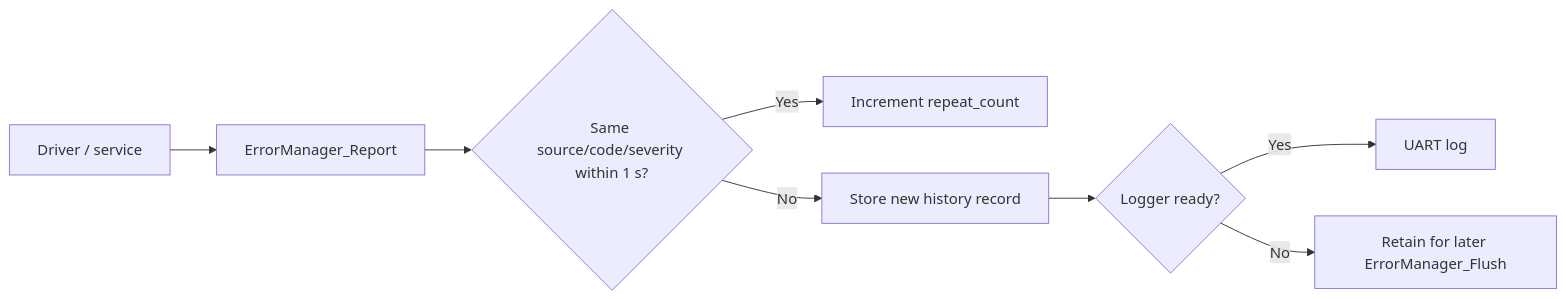
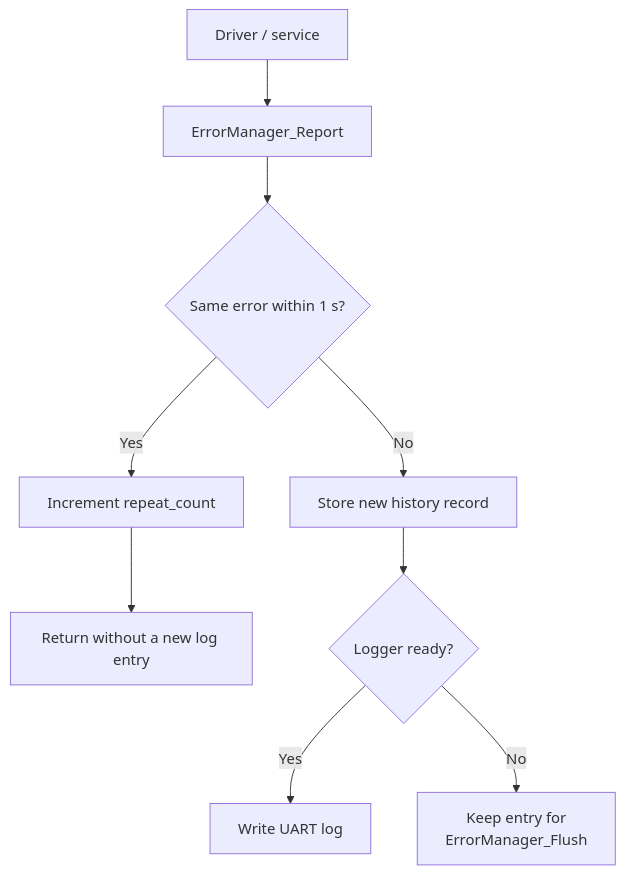
Diagram 21 of 21 in README.md (haikevins/Multimeter_Project), drawn with Mermaid before and after one commit. The commit also changed other lines of this file, not shown here.

````diff
--- a/README.md
+++ b/README.md
@@ -1081,10 +1140,11 @@
 ```mermaid
-flowchart LR
+flowchart TB
     MODULE["Driver / service"] --> REPORT["ErrorManager_Report"]
-    REPORT --> SAME{"Same source/code/severity within 1 s?"}
+    REPORT --> SAME{"Same error within 1 s?"}
     SAME -->|"Yes"| COUNT["Increment repeat_count"]
+    COUNT --> RETURN["Return without a new log entry"]
     SAME -->|"No"| STORE["Store new history record"]
     STORE --> READY{"Logger ready?"}
-    READY -->|"Yes"| LOG["UART log"]
-    READY -->|"No"| LATER["Retain for later ErrorManager_Flush"]
+    READY -->|"Yes"| LOG["Write UART log"]
+    READY -->|"No"| LATER["Keep entry for<br/>ErrorManager_Flush"]
 ```
````
